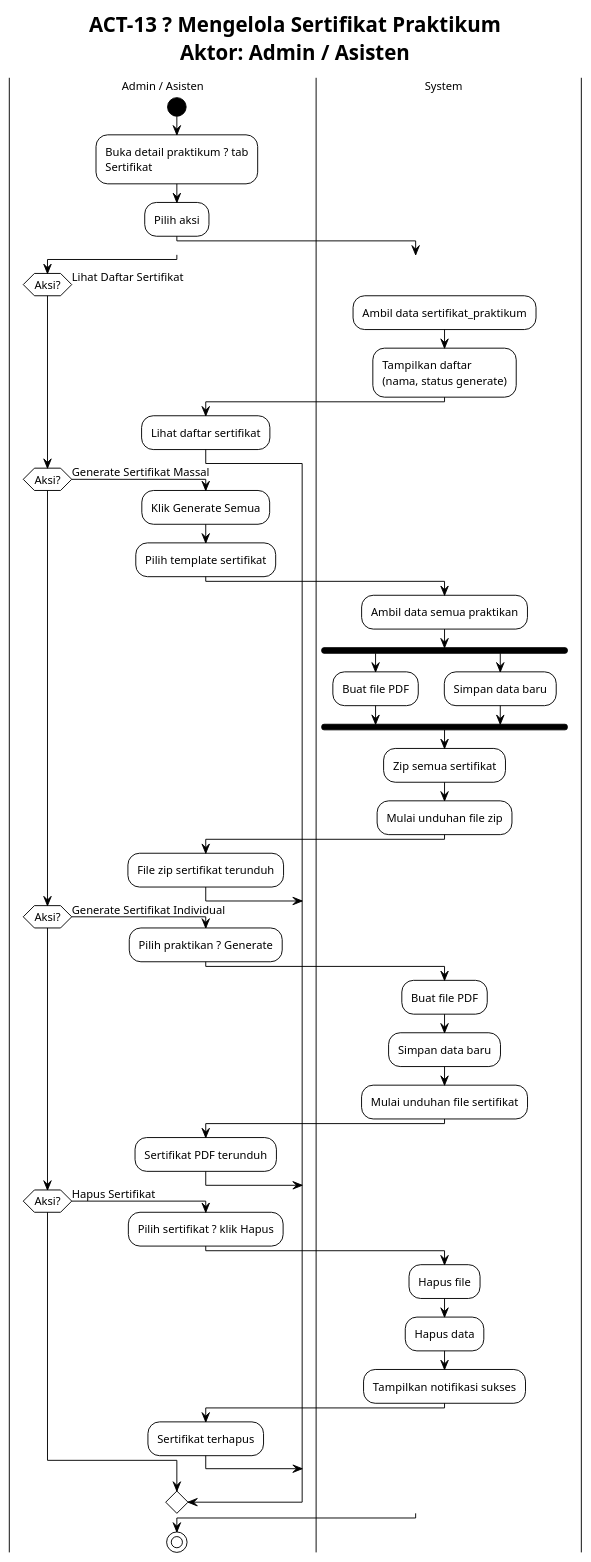
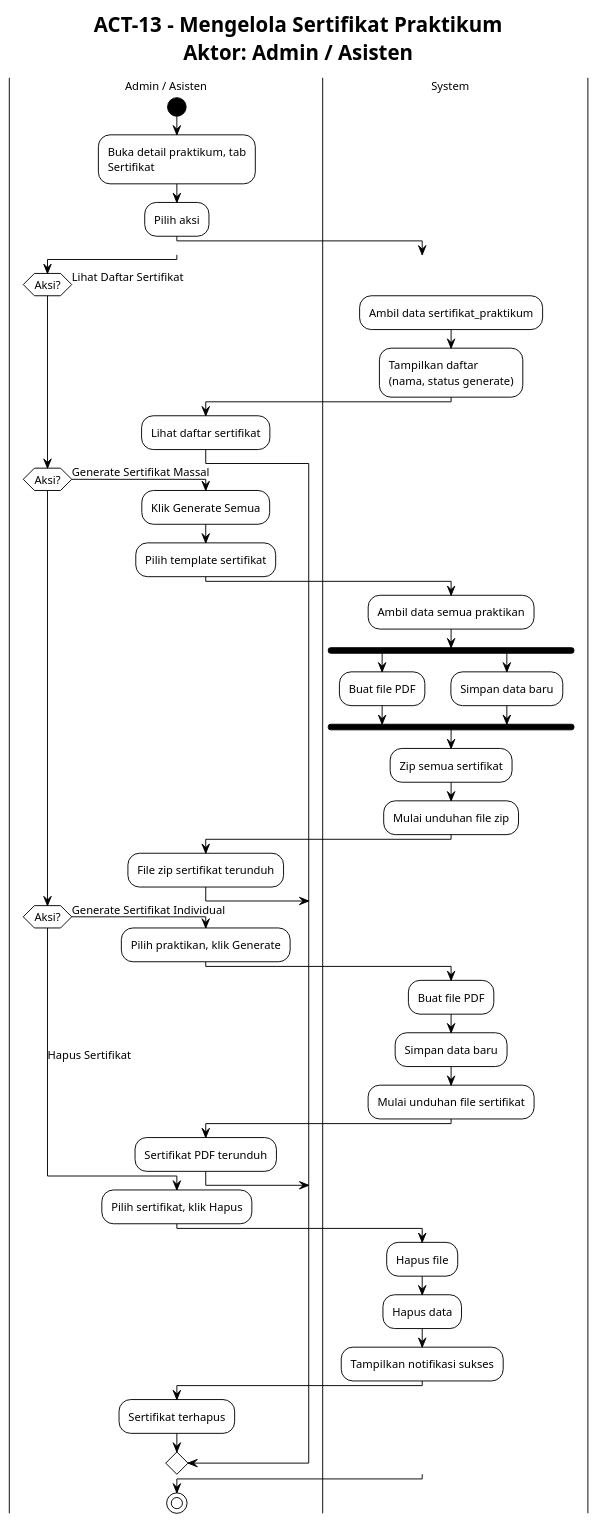
The diagram in docs/praktikum/activity/ACT_13_MENGELOLA_SERTIFIKAT.puml (Habiboys/SILAB-DSI), drawn with PlantUML before and after one commit. The commit also changed 67 other files, not shown here.

```diff
--- a/docs/praktikum/activity/ACT_13_MENGELOLA_SERTIFIKAT.puml
+++ b/docs/praktikum/activity/ACT_13_MENGELOLA_SERTIFIKAT.puml
@@ -1,67 +1,66 @@
 @startuml ACT_13_MENGELOLA_SERTIFIKAT
 !theme plain
 !pragma useVerticalIf on
 scale max 1600 width
 skinparam wrapWidth 200
-
 skinparam defaultFontSize 12
 skinparam swimlaneWidth 220
 skinparam ActivityStartColor black
 skinparam ActivityEndColor black
-title ACT-13 ? Mengelola Sertifikat Praktikum\nAktor: Admin / Asisten
+title ACT-13 - Mengelola Sertifikat Praktikum\nAktor: Admin / Asisten
 
 |Admin / Asisten|
 |System|
 
 |Admin / Asisten|
 start
-:Buka detail praktikum ? tab Sertifikat;
+:Buka detail praktikum, tab Sertifikat;
 :Pilih aksi;
 
 if (Aksi?) then (Lihat Daftar Sertifikat)
   |System|
   :Ambil data sertifikat_praktikum;
   :Tampilkan daftar\n(nama, status generate);
   |Admin / Asisten|
   :Lihat daftar sertifikat;
 
 elseif (Aksi?) then (Generate Sertifikat Massal)
   |Admin / Asisten|
   :Klik Generate Semua;
   :Pilih template sertifikat;
   |System|
   :Ambil data semua praktikan;
   fork
     :Buat file PDF;
   fork again
     :Simpan data baru;
   end fork
   :Zip semua sertifikat;
   :Mulai unduhan file zip;
   |Admin / Asisten|
   :File zip sertifikat terunduh;
 
 elseif (Aksi?) then (Generate Sertifikat Individual)
   |Admin / Asisten|
-  :Pilih praktikan ? Generate;
+  :Pilih praktikan, klik Generate;
   |System|
   :Buat file PDF;
   :Simpan data baru;
   :Mulai unduhan file sertifikat;
   |Admin / Asisten|
   :Sertifikat PDF terunduh;
 
-elseif (Aksi?) then (Hapus Sertifikat)
+else (Hapus Sertifikat)
   |Admin / Asisten|
-  :Pilih sertifikat ? klik Hapus;
+  :Pilih sertifikat, klik Hapus;
   |System|
   :Hapus file;
   :Hapus data;
   :Tampilkan notifikasi sukses;
   |Admin / Asisten|
   :Sertifikat terhapus;
 
 endif
 
 stop
 @enduml
```
